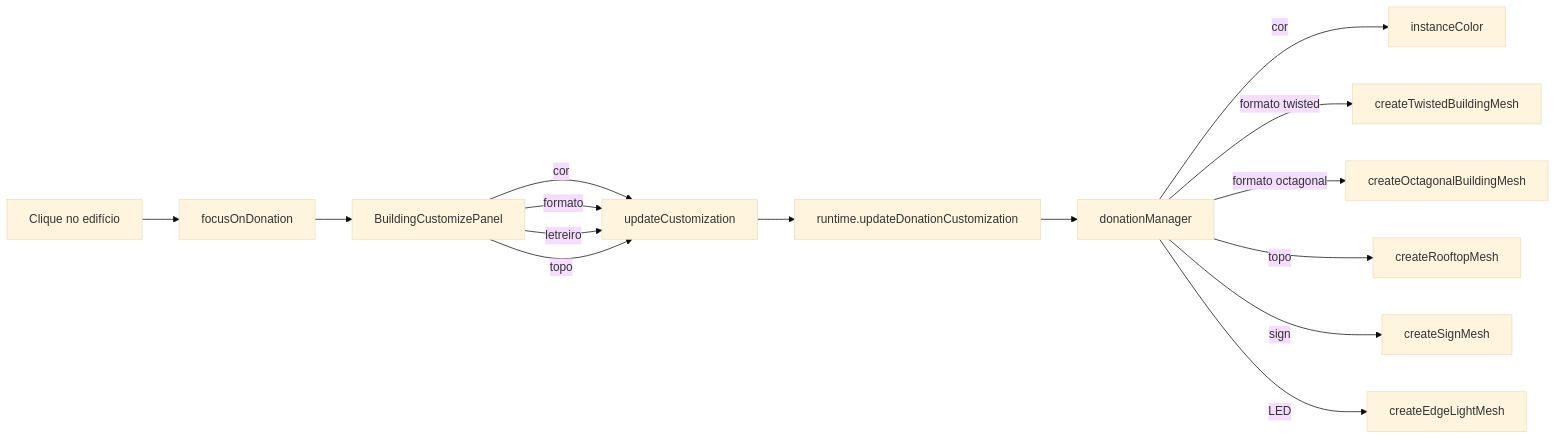
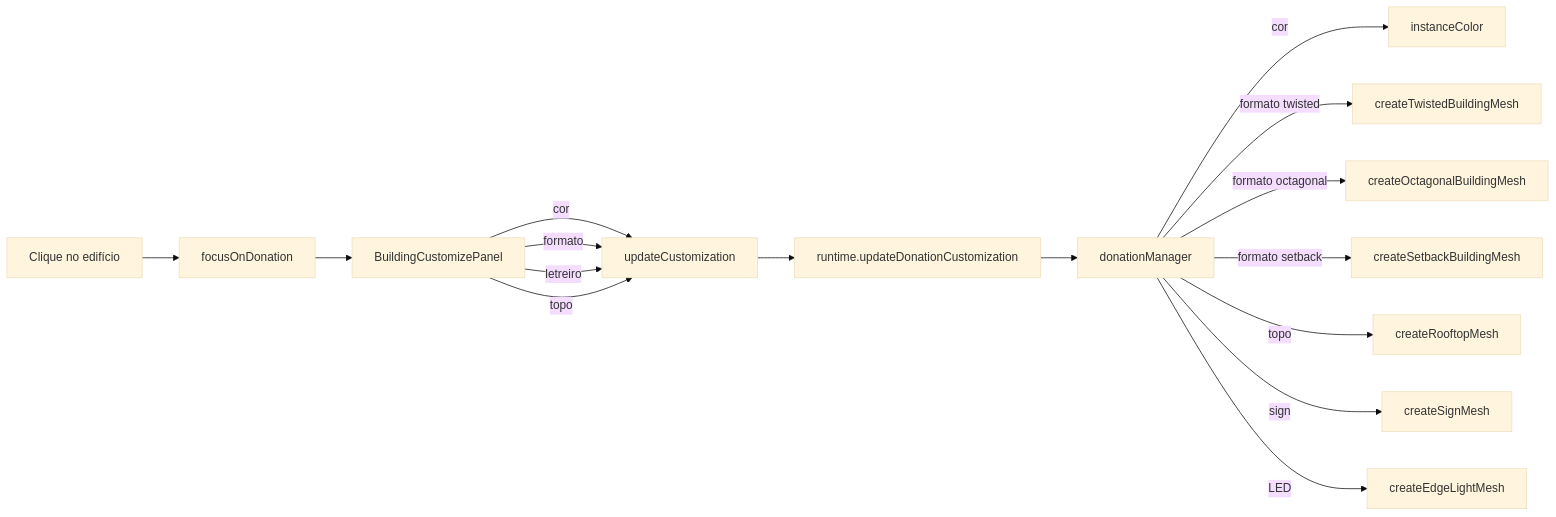
One commit to RaeII/pixcity changed the second of 2 diagrams in doc-pixcity/index.md. Above: the diagram before and after it, drawn with Mermaid (base theme). The commit also changed other lines of this file and 10 other files, not shown here.

````diff
--- a/doc-pixcity/index.md
+++ b/doc-pixcity/index.md
@@ -185,17 +187,18 @@
 ```mermaid
 flowchart LR
     Click[Clique no edifício] --> Focus[focusOnDonation]
     Focus --> Panel[BuildingCustomizePanel]
     Panel --> |cor| UC[updateCustomization]
     Panel --> |formato| UC
     Panel --> |letreiro| UC
     Panel --> |topo| UC
     UC --> Runtime[runtime.updateDonationCustomization]
     Runtime --> DM[donationManager]
     DM --> |cor| IC[instanceColor]
     DM --> |formato twisted| TW[createTwistedBuildingMesh]
     DM --> |formato octagonal| OC[createOctagonalBuildingMesh]
+    DM --> |formato setback| SB[createSetbackBuildingMesh]
     DM --> |topo| RM[createRooftopMesh]
     DM --> |sign| SM[createSignMesh]
     DM --> |LED| EL[createEdgeLightMesh]
 ```
````
